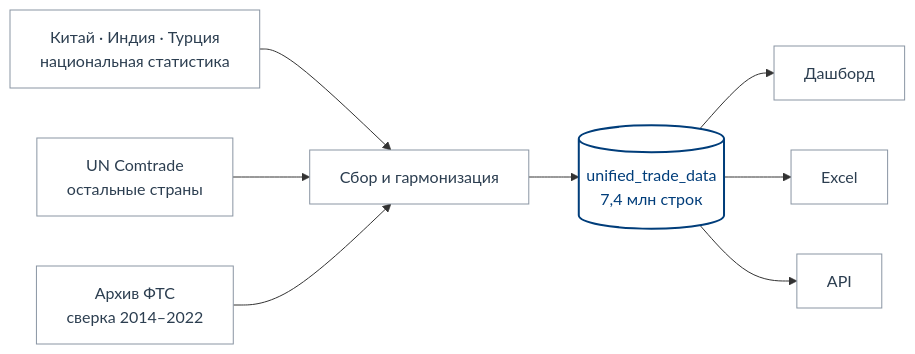
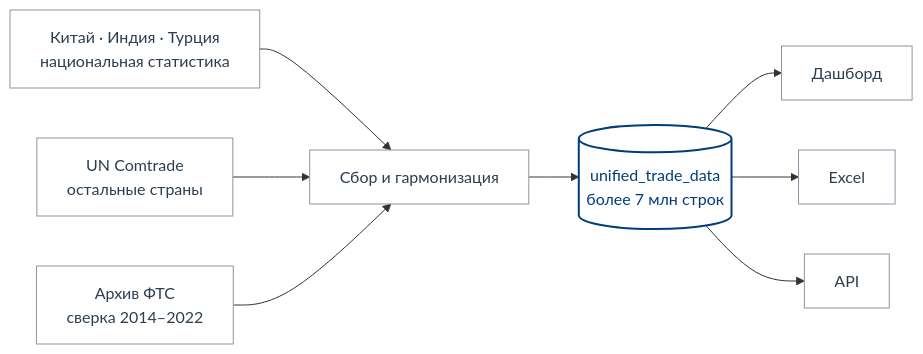
One commit to quantviews/mgimo-foreign-trade changed the diagram in presentations/project-overview.qmd. Above: the diagram before and after it, drawn with Mermaid. The commit also changed other lines of this file, not shown here.

Commit message:
docs(deck): use "более 7 млн строк" instead of the stale 7.4M
The row count drifts with each rebuild as Comtrade revisions add and drop
partner-months (currently 7.06M), so state a stable "более 7 млн" in the
section tagline and the pipeline diagram rather than a precise figure that goes
out of date.

````diff
--- a/presentations/project-overview.qmd
+++ b/presentations/project-overview.qmd
@@ -155,17 +155,17 @@
 ```{mermaid}
 %%| fig-width: 11
 %%| fig-height: 4.6
 flowchart LR
     A["Китай · Индия · Турция<br/>национальная статистика"] --> D
     B["UN Comtrade<br/>остальные страны"] --> D
     C["Архив ФТС<br/>сверка 2014–2022"] --> D
     D["Сбор и гармонизация"] --> E
-    E[("unified_trade_data<br/>7,4 млн строк")]
+    E[("unified_trade_data<br/>более 7 млн строк")]
     E --> F["Дашборд"]
     E --> G["Excel"]
     E --> H["API"]
 
     classDef plain fill:#ffffff,stroke:#8a95a3,stroke-width:1px,color:#2c3e50
     class A,B,C,D,F,G,H plain
     style E fill:#ffffff,stroke:#003d7a,stroke-width:2px,color:#003d7a
 ```
````
